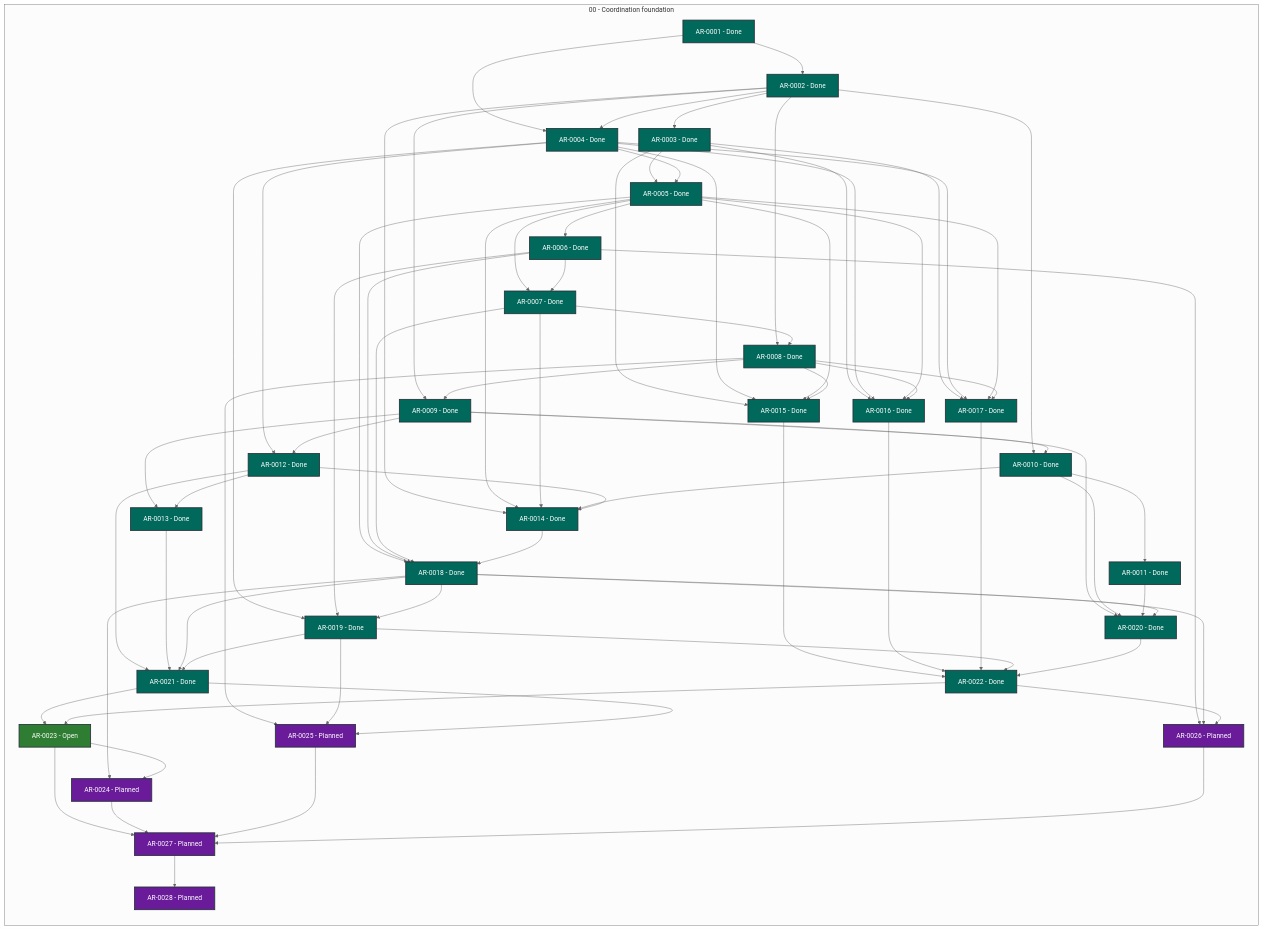
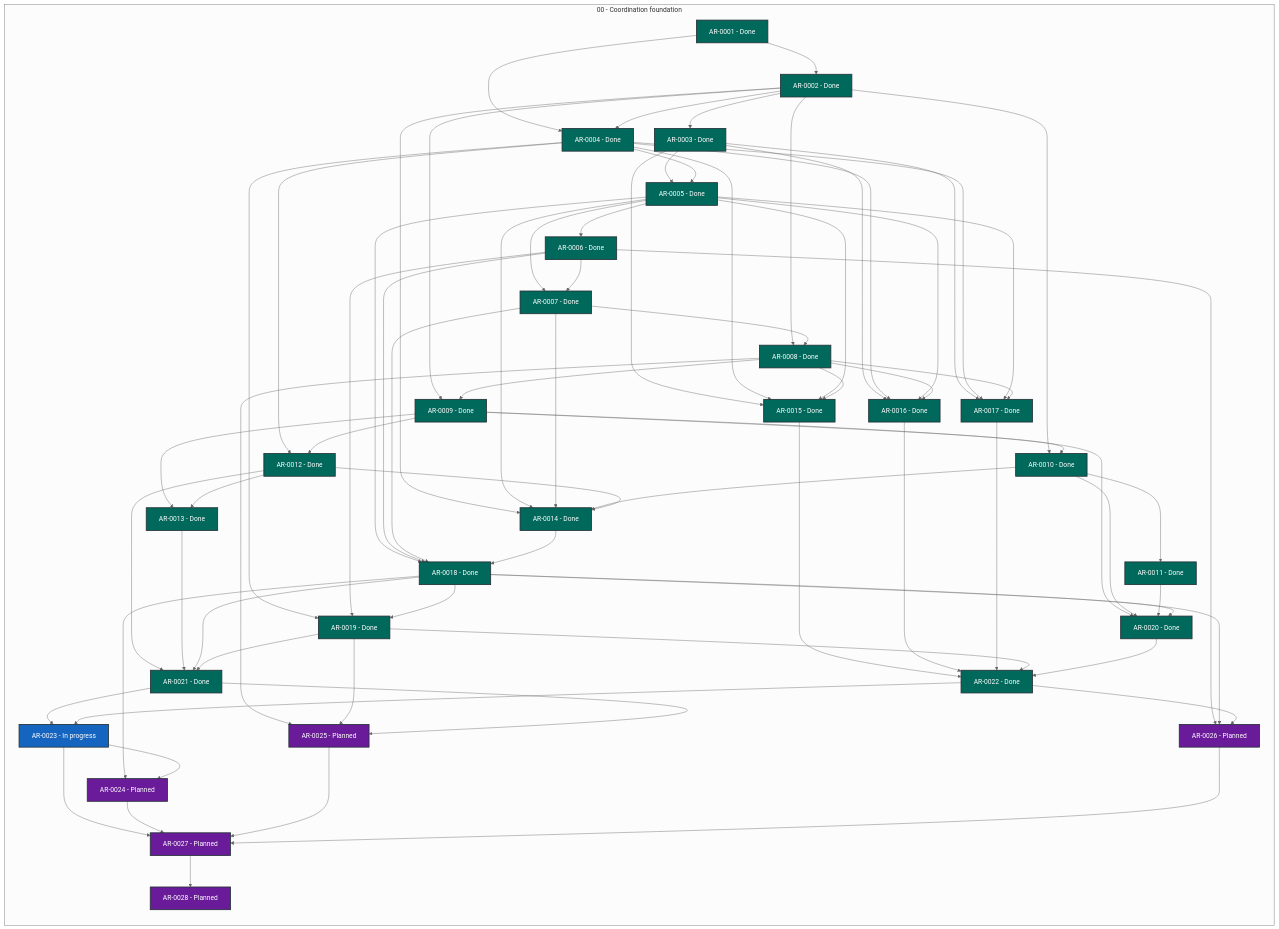
One commit to martin-beck/agent-workflow-runtime-state changed the diagram in STATUS.md. Above: the diagram before and after it, drawn with Mermaid (neutral theme). The commit also changed other lines of this file and 2 other files, not shown here.

```diff
--- a/STATUS.md
+++ b/STATUS.md
@@ -50,7 +50,7 @@
         AR_0020["AR-0020 - Done"]:::status_done
         AR_0021["AR-0021 - Done"]:::status_done
         AR_0022["AR-0022 - Done"]:::status_done
-        AR_0023["AR-0023 - Open"]:::status_open
+        AR_0023["AR-0023 - In progress"]:::status_in_progress
         AR_0024["AR-0024 - Planned"]:::status_planned
         AR_0025["AR-0025 - Planned"]:::status_planned
         AR_0026["AR-0026 - Planned"]:::status_planned
```
